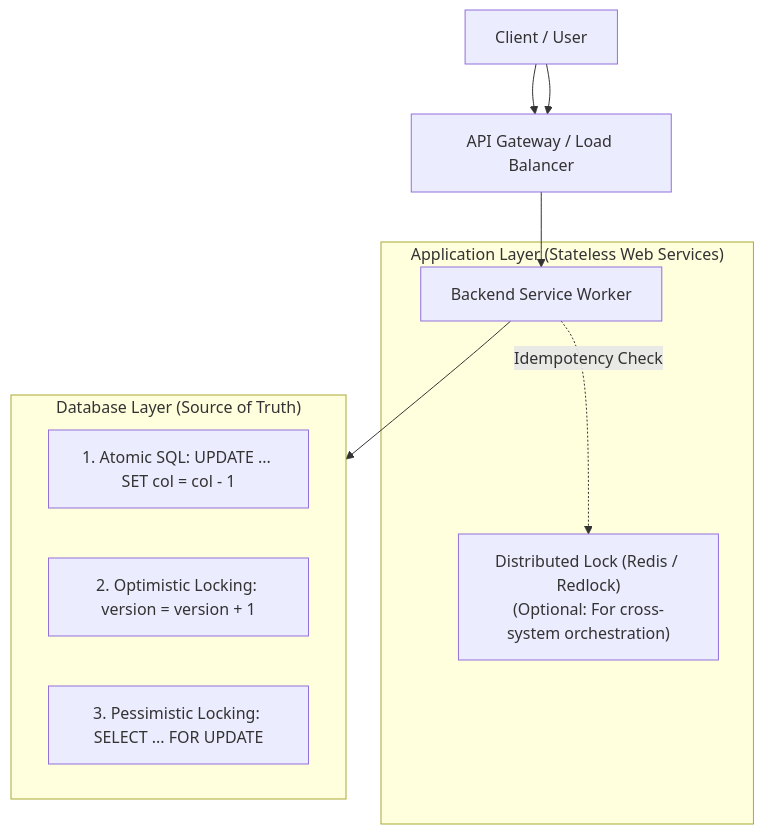
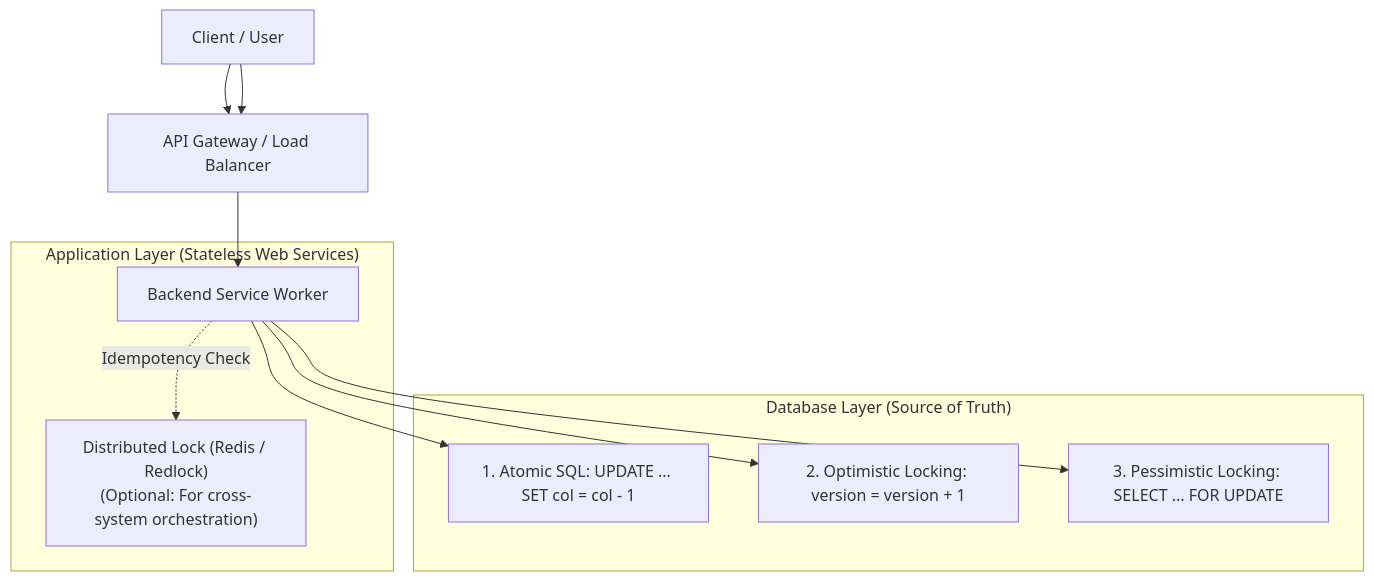
One commit to MohdMusaiyab/system-design changed the fourth of 4 diagrams in Databases/05_Database_Concurrency_And_Locking.md. Above: the diagram before and after it, drawn with Mermaid. The commit also changed other lines of this file and 6 other files, not shown here.

````diff
--- a/Databases/05_Database_Concurrency_And_Locking.md
+++ b/Databases/05_Database_Concurrency_And_Locking.md
@@ -398,20 +398,22 @@
 ```mermaid
 flowchart TD
     Client["Client / User"] --> Gateway["API Gateway / Load Balancer"]
     
     subgraph AppLayer["Application Layer (Stateless Web Services)"]
         Service["Backend Service Worker"]
         DistLock["Distributed Lock (Redis / Redlock)<br/>(Optional: For cross-system orchestration)"]
     end
 
     subgraph DBLayer["Database Layer (Source of Truth)"]
         Atomic["1. Atomic SQL: UPDATE ... SET col = col - 1"]
         OCC["2. Optimistic Locking: version = version + 1"]
         PCC["3. Pessimistic Locking: SELECT ... FOR UPDATE"]
     end
 
     Client --> Gateway
     Gateway --> Service
-    Service -.->|Idempotency Check| DistLock
-    Service --> DBLayer
+    Service -.->|"Idempotency Check"| DistLock
+    Service --> Atomic
+    Service --> OCC
+    Service --> PCC
 ```
````
